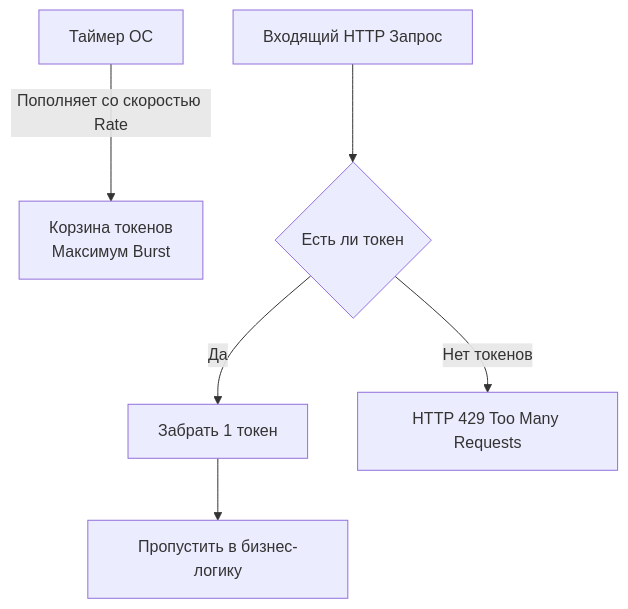
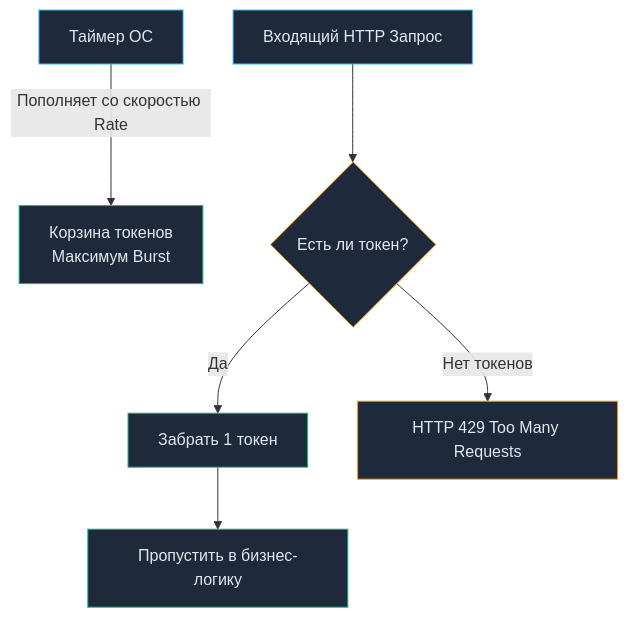
The first of 2 diagrams in sources/10. Проектирование API и Сетевые протоколы/11. Rate limiting в API.md (UnrealTemplier/go-textbook), drawn with Mermaid before and after one commit. The commit also changed other lines of this file, not shown here.

````diff
--- a/sources/10. Проектирование API и Сетевые протоколы/11. Rate limiting в API.md
+++ b/sources/10. Проектирование API и Сетевые протоколы/11. Rate limiting в API.md
@@ -25,8 +38,15 @@
 ```mermaid
 flowchart TD
-    Clock["Таймер ОС"]-->|"Пополняет со скоростью Rate"|Bucket["Корзина токенов<br>Максимум Burst"]
-    Request["Входящий HTTP Запрос"]-->Check{"Есть ли токен"}
-    Check-->|Да|Consume["Забрать 1 токен"]
-    Consume-->Allow["Пропустить в бизнес-логику"]
-    Check-->|Нет токенов|Block["HTTP 429 Too Many Requests"]
+    Clock["Таймер ОС"] -->|"Пополняет со скоростью Rate"| Bucket["Корзина токенов<br>Максимум Burst"]
+    Request["Входящий HTTP Запрос"] --> Check{"Есть ли токен?"}
+    Check -->|"Да"| Consume["Забрать 1 токен"]
+    Consume --> Allow["Пропустить в бизнес-логику"]
+    Check -->|"Нет токенов"| Block["HTTP 429 Too Many Requests"]
+
+    classDef proc fill:#1e293b,stroke:#38bdf8,stroke-width:1px,color:#e2e8f0;
+    classDef fast fill:#1e293b,stroke:#10b981,stroke-width:1px,color:#e2e8f0;
+    classDef slow fill:#1e293b,stroke:#f59e0b,stroke-width:1px,color:#e2e8f0;
+    class Clock,Request proc;
+    class Bucket,Consume,Allow fast;
+    class Check,Block slow;
 ```
````
